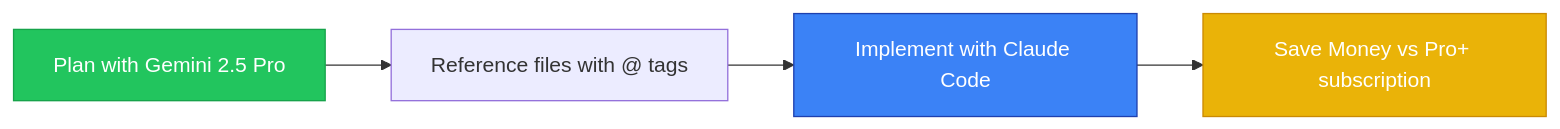
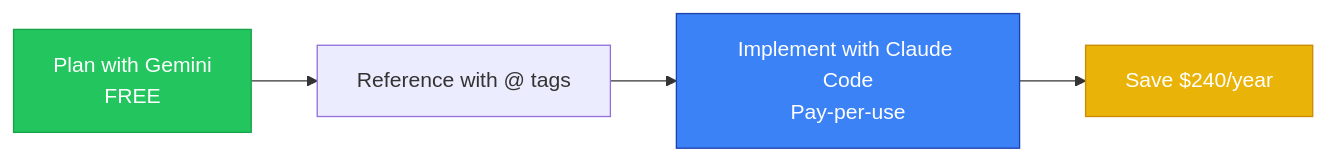
The eighth of 8 diagrams in README.md (giang6283623/cursor-tip), drawn with Mermaid before and after one commit. The commit also changed other lines of this file and 104 other files, not shown here.

````diff
--- a/README.md
+++ b/README.md
@@ -323,14 +462,14 @@
 ```mermaid
 graph LR
-    Plan[Plan with Gemini 2.5 Pro] --> Reference[Reference files with @ tags]
-    Reference --> Implement[Implement with Claude Code]
-    Implement --> Save[Save Money vs Pro+ subscription]
-
+    Plan[Plan with Gemini<br/>FREE] --> Reference[Reference with @ tags]
+    Reference --> Implement[Implement with Claude Code<br/>Pay-per-use]
+    Implement --> Save[Save $240/year]
+    
     classDef free fill:#22c55e,stroke:#16a34a,color:white
     classDef paid fill:#3b82f6,stroke:#1e40af,color:white
     classDef savings fill:#eab308,stroke:#ca8a04,color:white
-
+    
     class Plan free
     class Implement paid
     class Save savings
 ```
````
